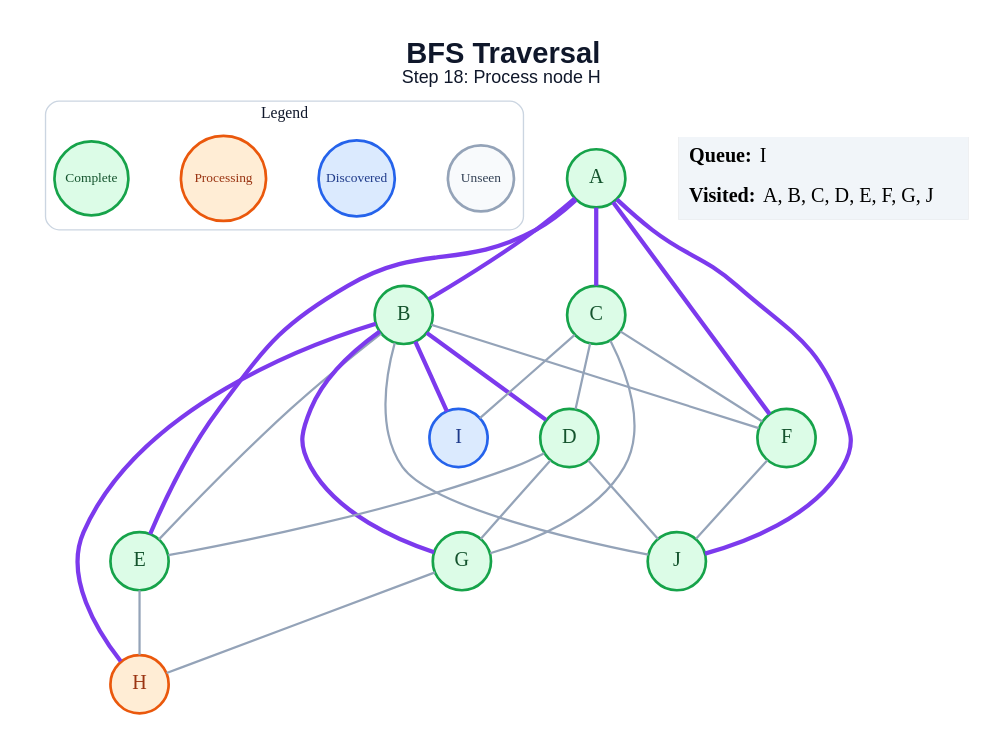
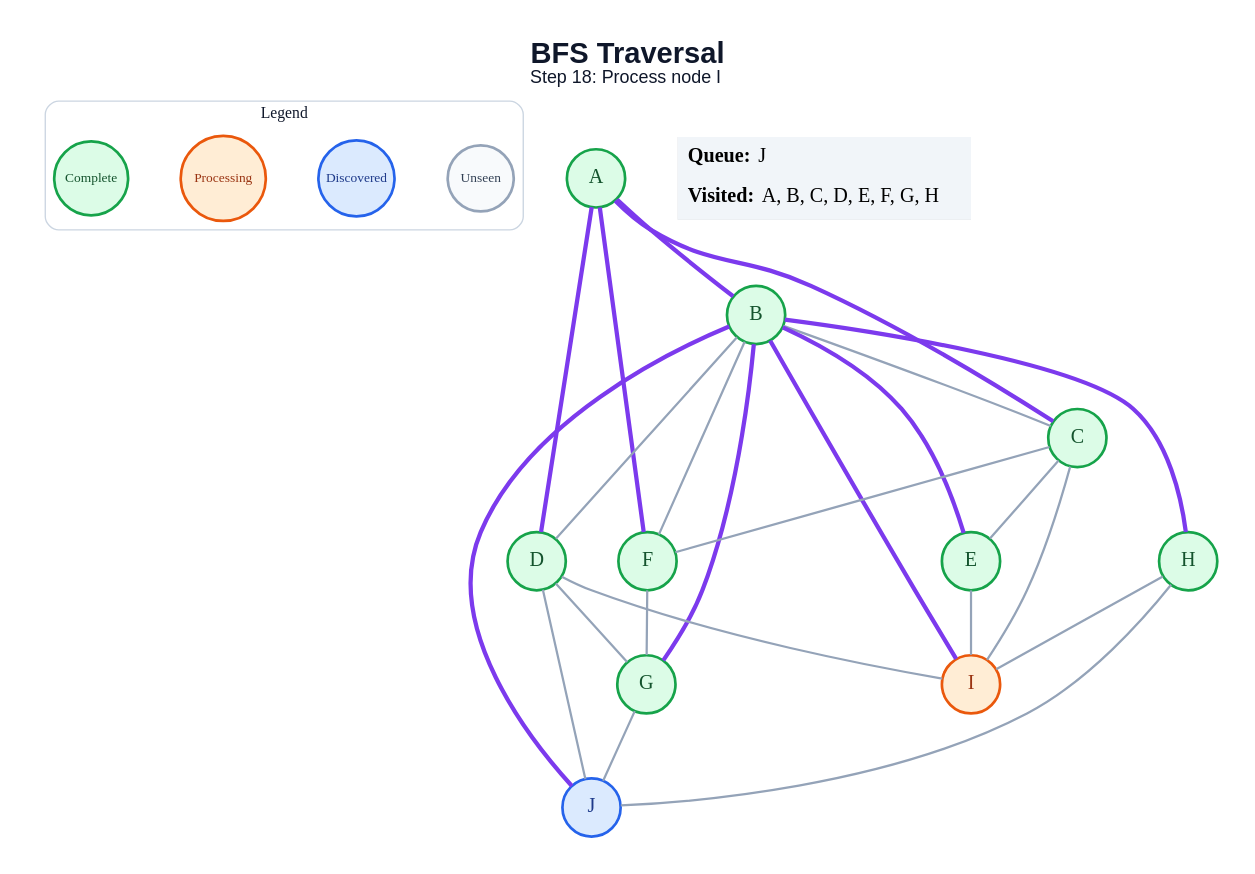
The diagram in generated/bfs/step_18.dot (anon7238593-create/ai-slop), drawn with Graphviz before and after one commit. The commit also changed 178 other files, not shown here.

```diff
--- a/generated/bfs/step_18.dot
+++ b/generated/bfs/step_18.dot
@@ -1,51 +1,52 @@
 graph traversal {
   graph [layout=dot, rankdir=TB, bgcolor="#FFFFFF", pad="0.35", nodesep="0.65", ranksep="0.8", fontname="Arial"];
   node [shape=circle, style="filled", fontname="Arial Bold", fontsize=18, width=0.72, fixedsize=true, penwidth=2.4];
   edge [color="#94A3B8", penwidth=2.0];
-  label=<<B>BFS Traversal</B><BR/><FONT POINT-SIZE="16">Step 18: Process node H</FONT>>; labelloc="t"; fontsize=26; fontname="Arial"; fontcolor="#0F172A";
+  label=<<B>BFS Traversal</B><BR/><FONT POINT-SIZE="16">Step 18: Process node I</FONT>>; labelloc="t"; fontsize=26; fontname="Arial"; fontcolor="#0F172A";
   subgraph cluster_legend { label="Legend"; color="#CBD5E1"; penwidth=1.2; style="rounded"; fontsize=14; fontname="Arial Bold";
     key_unseen [label="Unseen", fillcolor="#F8FAFC", color="#94A3B8", fontcolor="#334155", fontsize=12, width=0.82];
     key_frontier [label="Discovered", fillcolor="#DBEAFE", color="#2563EB", fontcolor="#1E3A8A", fontsize=12, width=0.95];
     key_current [label="Processing", fillcolor="#FFEDD5", color="#EA580C", fontcolor="#9A3412", fontsize=12, width=1.05];
     key_done [label="Complete", fillcolor="#DCFCE7", color="#16A34A", fontcolor="#14532D", fontsize=12, width=0.92];
     { rank=same; key_unseen; key_frontier; key_current; key_done; }
   }
   A [fillcolor="#DCFCE7", color="#16A34A", fontcolor="#14532D"];
   B [fillcolor="#DCFCE7", color="#16A34A", fontcolor="#14532D"];
   C [fillcolor="#DCFCE7", color="#16A34A", fontcolor="#14532D"];
   D [fillcolor="#DCFCE7", color="#16A34A", fontcolor="#14532D"];
   E [fillcolor="#DCFCE7", color="#16A34A", fontcolor="#14532D"];
   F [fillcolor="#DCFCE7", color="#16A34A", fontcolor="#14532D"];
   G [fillcolor="#DCFCE7", color="#16A34A", fontcolor="#14532D"];
-  H [fillcolor="#FFEDD5", color="#EA580C", fontcolor="#9A3412"];
-  I [fillcolor="#DBEAFE", color="#2563EB", fontcolor="#1E3A8A"];
-  J [fillcolor="#DCFCE7", color="#16A34A", fontcolor="#14532D"];
+  H [fillcolor="#DCFCE7", color="#16A34A", fontcolor="#14532D"];
+  I [fillcolor="#FFEDD5", color="#EA580C", fontcolor="#9A3412"];
+  J [fillcolor="#DBEAFE", color="#2563EB", fontcolor="#1E3A8A"];
   A -- B [color="#7C3AED", penwidth=3.8];
   A -- C [color="#7C3AED", penwidth=3.8];
-  A -- E [color="#7C3AED", penwidth=3.8];
+  A -- D [color="#7C3AED", penwidth=3.8];
   A -- F [color="#7C3AED", penwidth=3.8];
-  A -- J [color="#7C3AED", penwidth=3.8];
-  B -- D [color="#7C3AED", penwidth=3.8];
-  B -- E;
+  B -- C;
+  B -- D;
+  B -- E [color="#7C3AED", penwidth=3.8];
   B -- F;
   B -- G [color="#7C3AED", penwidth=3.8];
   B -- H [color="#7C3AED", penwidth=3.8];
   B -- I [color="#7C3AED", penwidth=3.8];
-  B -- J;
-  C -- D;
+  B -- J [color="#7C3AED", penwidth=3.8];
+  C -- E;
   C -- F;
-  C -- G;
   C -- I;
-  D -- E;
   D -- G;
+  D -- I;
   D -- J;
-  E -- H;
-  F -- J;
-  G -- H;
+  E -- I;
+  F -- G;
+  G -- J;
+  H -- I;
+  H -- J;
   status [shape=plain, fixedsize=false, width=0, height=0, margin=0, label=<
     <TABLE BORDER="0" CELLBORDER="0" CELLPADDING="7" BGCOLOR="#F1F5F9">
-      <TR><TD ALIGN="LEFT"><B>Queue:</B> I</TD></TR>
-      <TR><TD ALIGN="LEFT"><B>Visited:</B> A, B, C, D, E, F, G, J</TD></TR>
+      <TR><TD ALIGN="LEFT"><B>Queue:</B> J</TD></TR>
+      <TR><TD ALIGN="LEFT"><B>Visited:</B> A, B, C, D, E, F, G, H</TD></TR>
     </TABLE>
   >];
 }
```
